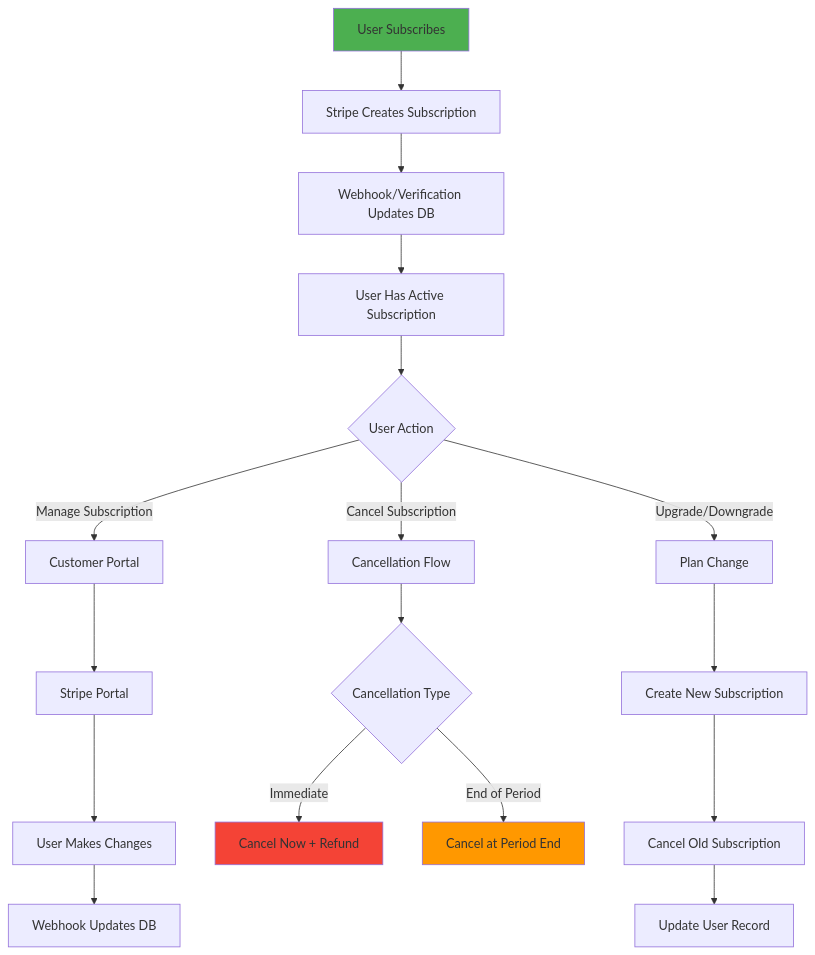
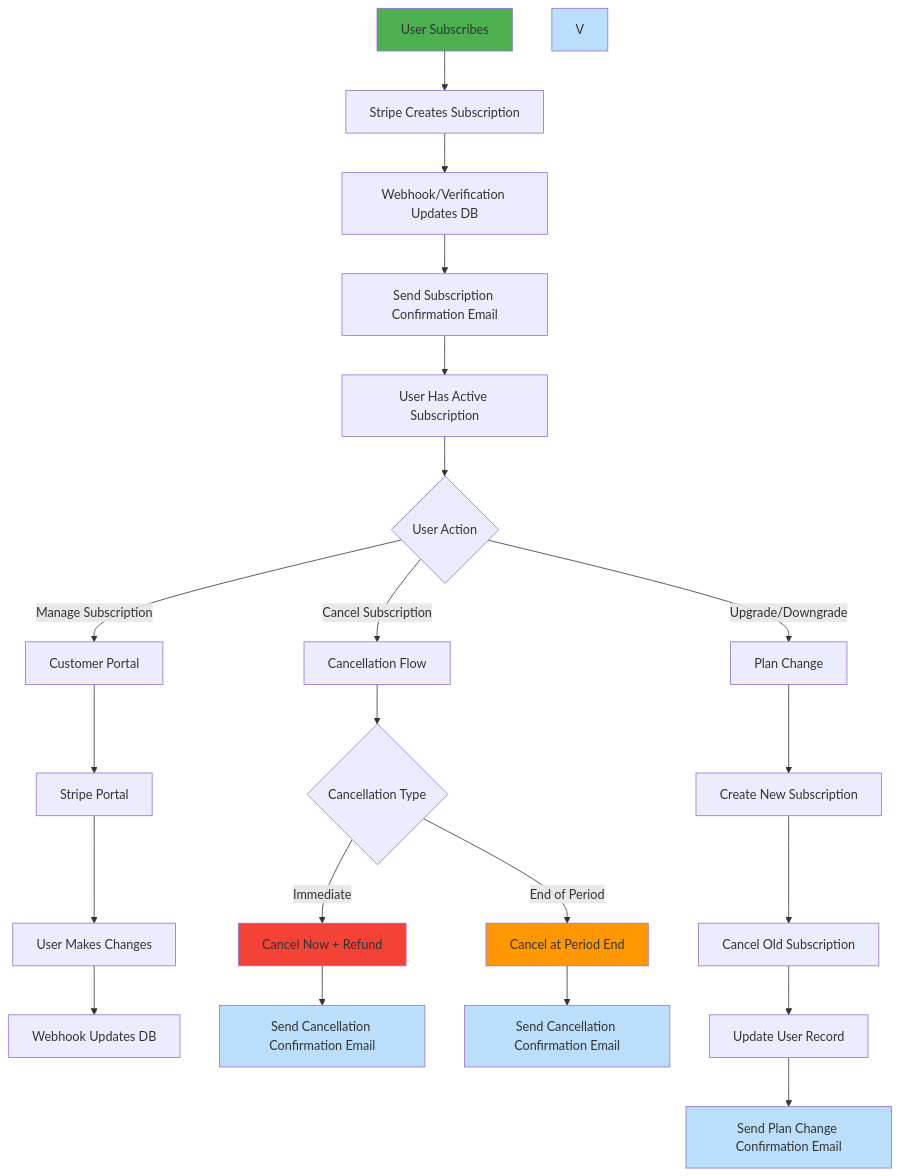
The eighth of 12 diagrams in FLOW_DIAGRAMS.md (vmidhun/kapiree-pricing-plans), drawn with Mermaid before and after one commit. The commit also changed other lines of this file and 32 other files, not shown here.

````diff
--- a/FLOW_DIAGRAMS.md
+++ b/FLOW_DIAGRAMS.md
@@ -285,27 +288,35 @@
 ```mermaid
 graph TD
     A[User Subscribes] --> B[Stripe Creates Subscription]
     B --> C[Webhook/Verification Updates DB]
-    C --> D[User Has Active Subscription]
+    C --> C1[Send Subscription Confirmation Email]
+    C1 --> D[User Has Active Subscription]
     
     D --> E{User Action}
     E -->|Manage Subscription| F[Customer Portal]
     E -->|Cancel Subscription| G[Cancellation Flow]
     E -->|Upgrade/Downgrade| H[Plan Change]
     
     F --> I[Stripe Portal]
     I --> J[User Makes Changes]
     J --> K[Webhook Updates DB]
     
     G --> L{Cancellation Type}
     L -->|Immediate| M[Cancel Now + Refund]
+    M --> M1[Send Cancellation Confirmation Email]
     L -->|End of Period| N[Cancel at Period End]
+    N --> N1[Send Cancellation Confirmation Email]
     
     H --> O[Create New Subscription]
     O --> P[Cancel Old Subscription]
     P --> Q[Update User Record]
+    Q --> Q1[Send Plan Change Confirmation Email]
     
     style A fill:#4caf50
     style M fill:#f44336
     style N fill:#ff9800
+    style V fill:#bbdefb
+    style M1 fill:#bbdefb
+    style N1 fill:#bbdefb
+    style Q1 fill:#bbdefb
 ```
````
